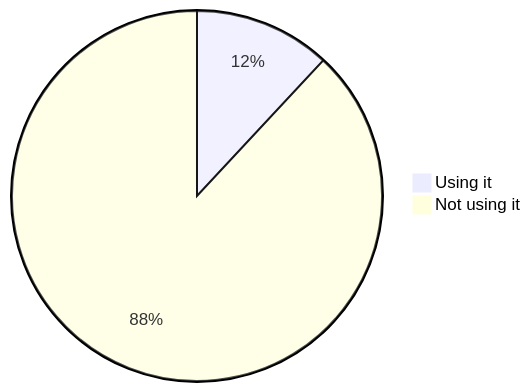
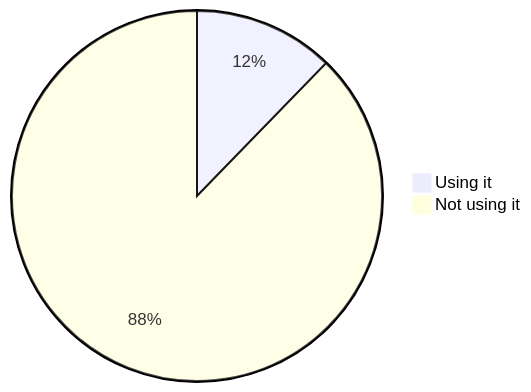
Before and after one commit to oshp/oshp-stats: diagram 13 of 22 in stats.md, drawn with Mermaid. The commit also changed other lines of this file, not shown here.

````diff
--- a/stats.md
+++ b/stats.md
@@ -154,6 +154,6 @@
 ```mermaid
 pie
-	"Using it" : 11.93
-	"Not using it" : 88.07
+	"Using it" : 12.27
+	"Not using it" : 87.73
 
 ```
````
